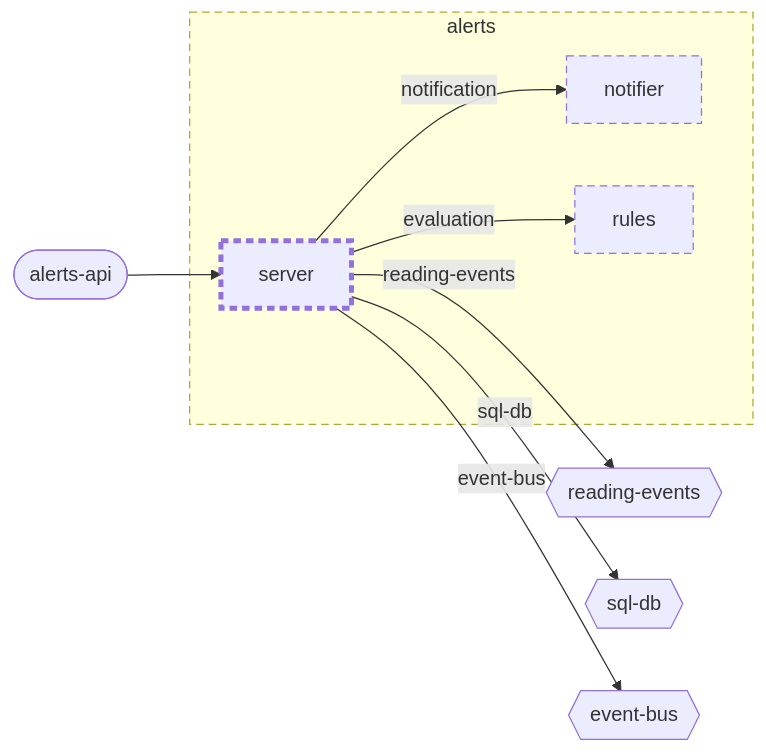
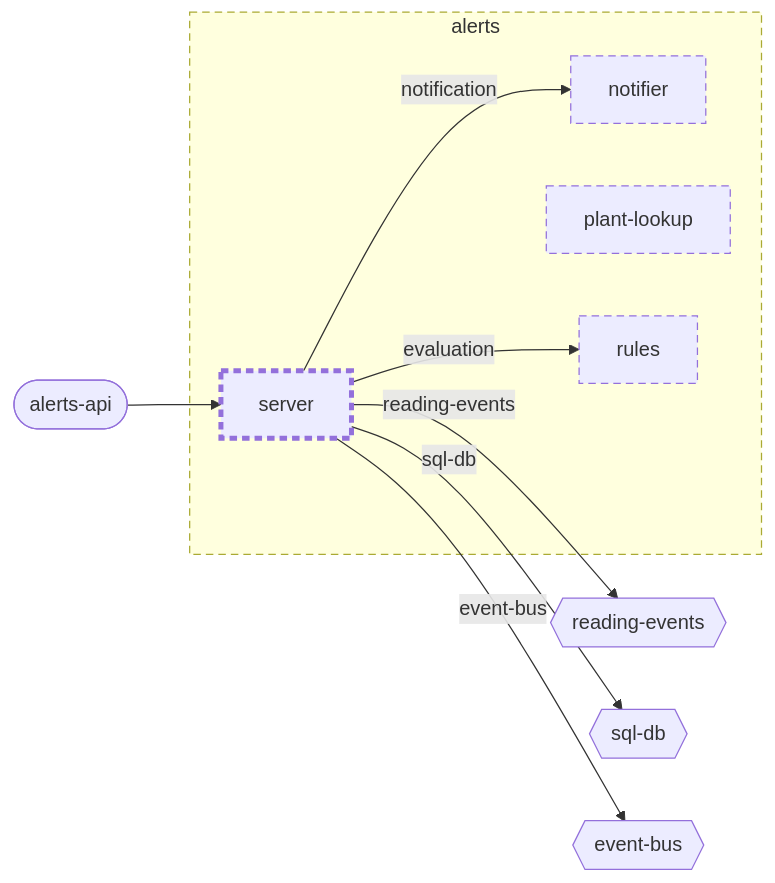
Before and after one commit to wackazong/unifold: the diagram in examples/plantwatch/cloud/services/alerts/server/doc/diagrams/context.md, drawn with Mermaid. The commit also changed other lines of this file and 330 other files, not shown here.

````diff
--- a/examples/plantwatch/cloud/services/alerts/server/doc/diagrams/context.md
+++ b/examples/plantwatch/cloud/services/alerts/server/doc/diagrams/context.md
@@ -8,25 +8,24 @@
 ```mermaid
 flowchart LR
-  subgraph u_cloud_services_alerts["alerts"]
-    u_cloud_services_alerts_notifier["notifier"]
-    u_cloud_services_alerts_rules["rules"]
-    u_cloud_services_alerts_server["server"]
+  subgraph u_cloud__services__alerts["alerts"]
+    u_cloud__services__alerts__notifier["notifier"]
+    u_cloud__services__alerts__plant_dlookup["plant-lookup"]
+    u_cloud__services__alerts__rules["rules"]
+    u_cloud__services__alerts__server["server"]
   end
-  p_cloud_services_alerts_alerts_api(["alerts-api"])
-  n_cloud_services_alerts_reading_events{{"reading-events"}}
-  n_cloud_services_alerts_sql_db{{"sql-db"}}
-  n_cloud_services_alerts_event_bus{{"event-bus"}}
-  p_cloud_services_alerts_alerts_api --> u_cloud_services_alerts_server
-  u_cloud_services_alerts_server -->|"reading-events"| n_cloud_services_alerts_reading_events
-  u_cloud_services_alerts_server -->|"evaluation"| u_cloud_services_alerts_rules
-  u_cloud_services_alerts_server -->|"notification"| u_cloud_services_alerts_notifier
-  u_cloud_services_alerts_server -->|"sql-db"| n_cloud_services_alerts_sql_db
-  u_cloud_services_alerts_server -->|"event-bus"| n_cloud_services_alerts_event_bus
-  click u_cloud_services_alerts_notifier href "../../../notifier/README.md"
-  click u_cloud_services_alerts_rules href "../../../rules/README.md"
-  click u_cloud_services_alerts_server href "../../README.md"
+  p_cloud__services__alerts___alerts_dapi(["alerts-api"])
+  n_cloud__services__alerts___reading_devents{{"reading-events"}}
+  n_cloud__services__alerts___sql_ddb{{"sql-db"}}
+  n_cloud__services__alerts___event_dbus{{"event-bus"}}
+  p_cloud__services__alerts___alerts_dapi --> u_cloud__services__alerts__server
+  u_cloud__services__alerts__server -->|"reading-events"| n_cloud__services__alerts___reading_devents
+  u_cloud__services__alerts__server -->|"evaluation"| u_cloud__services__alerts__rules
+  u_cloud__services__alerts__server -->|"notification"| u_cloud__services__alerts__notifier
+  u_cloud__services__alerts__server -->|"sql-db"| n_cloud__services__alerts___sql_ddb
+  u_cloud__services__alerts__server -->|"event-bus"| n_cloud__services__alerts___event_dbus
   classDef focus stroke-width:4px
   classDef planned stroke-dasharray:6 4
-  class u_cloud_services_alerts,u_cloud_services_alerts_notifier,u_cloud_services_alerts_rules,u_cloud_services_alerts_server planned
-  class u_cloud_services_alerts_server focus
+  classDef plain stroke-dasharray:2 3
+  class u_cloud__services__alerts,u_cloud__services__alerts__notifier,u_cloud__services__alerts__plant_dlookup,u_cloud__services__alerts__rules,u_cloud__services__alerts__server planned
+  class u_cloud__services__alerts__server focus
 ```
````
